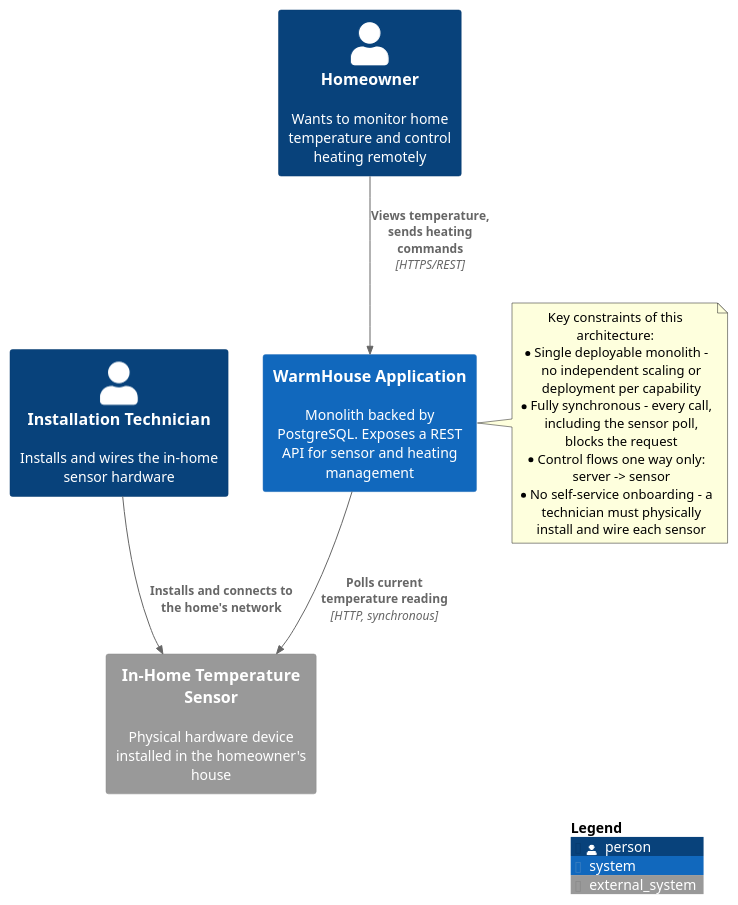
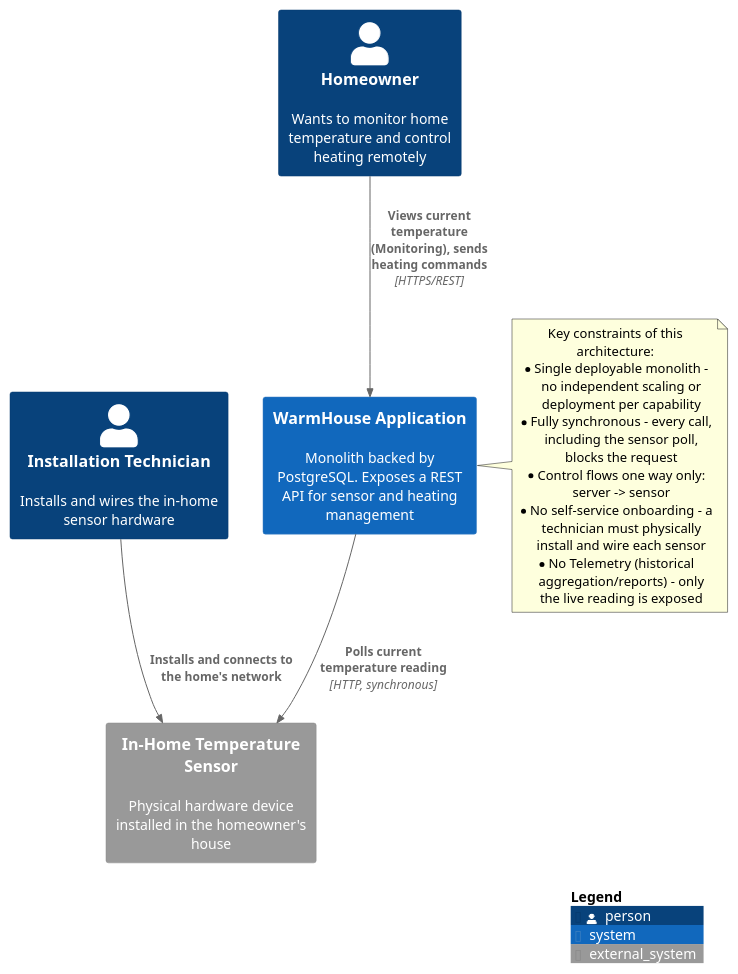
Before and after one commit to GoharSaroyan/warmhouse: the diagram in docs/c4/context-as-is.puml, drawn with PlantUML. The commit also changed 4 other files, not shown here.

```diff
--- a/docs/c4/context-as-is.puml
+++ b/docs/c4/context-as-is.puml
@@ -1,26 +1,27 @@
 @startuml context-as-is
 !include https://raw.githubusercontent.com/plantuml-stdlib/C4-PlantUML/master/C4_Context.puml
 
 LAYOUT_TOP_DOWN()
 
 Person(homeowner, "Homeowner", "Wants to monitor home temperature and control heating remotely")
 Person(technician, "Installation Technician", "Installs and wires the in-home sensor hardware")
 
 System(warmhouse, "WarmHouse Application", "Monolith backed by PostgreSQL. Exposes a REST API for sensor and heating management")
 
 System_Ext(sensorHardware, "In-Home Temperature Sensor", "Physical hardware device installed in the homeowner's house")
 
-Rel(homeowner, warmhouse, "Views temperature, sends heating commands", "HTTPS/REST")
+Rel(homeowner, warmhouse, "Views current temperature (Monitoring), sends heating commands", "HTTPS/REST")
 Rel(warmhouse, sensorHardware, "Polls current temperature reading", "HTTP, synchronous")
 Rel(technician, sensorHardware, "Installs and connects to the home's network")
 
 note right of warmhouse
   Key constraints of this architecture:
   * Single deployable monolith - no independent scaling or deployment per capability
   * Fully synchronous - every call, including the sensor poll, blocks the request
   * Control flows one way only: server -> sensor
   * No self-service onboarding - a technician must physically install and wire each sensor
+  * No Telemetry (historical aggregation/reports) - only the live reading is exposed
 end note
 
 SHOW_LEGEND()
 @enduml
```
